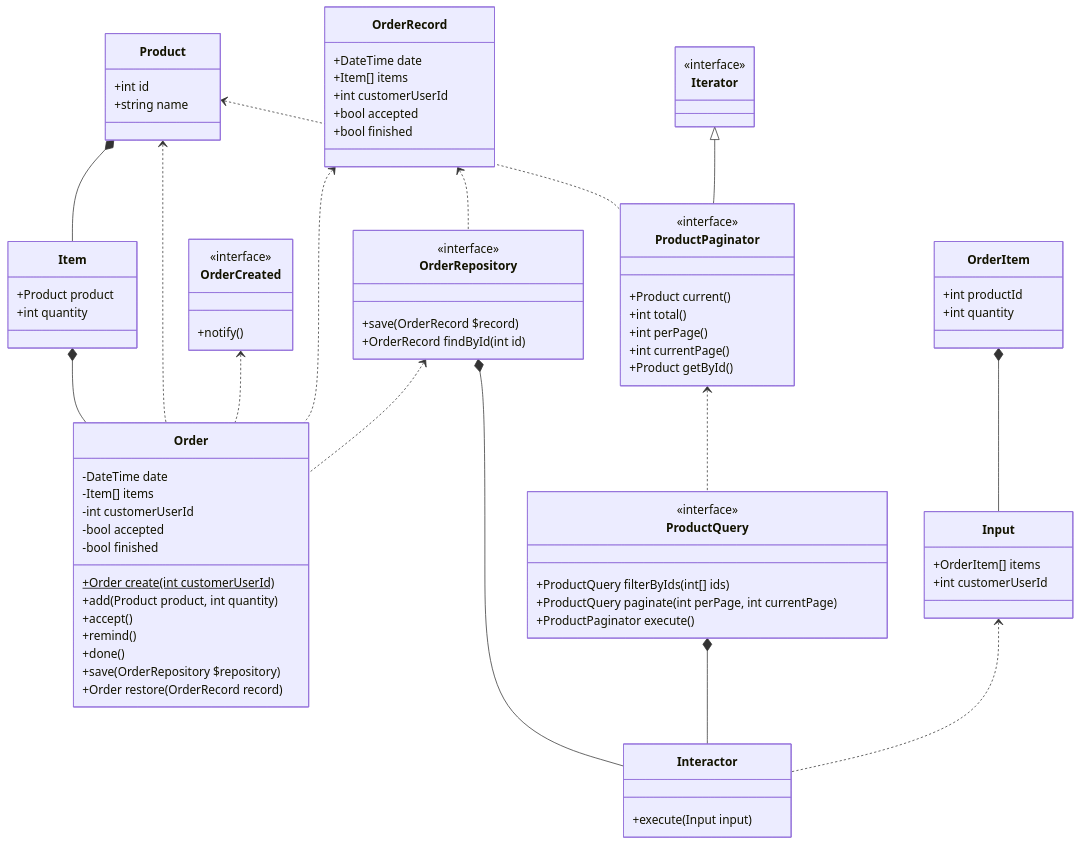
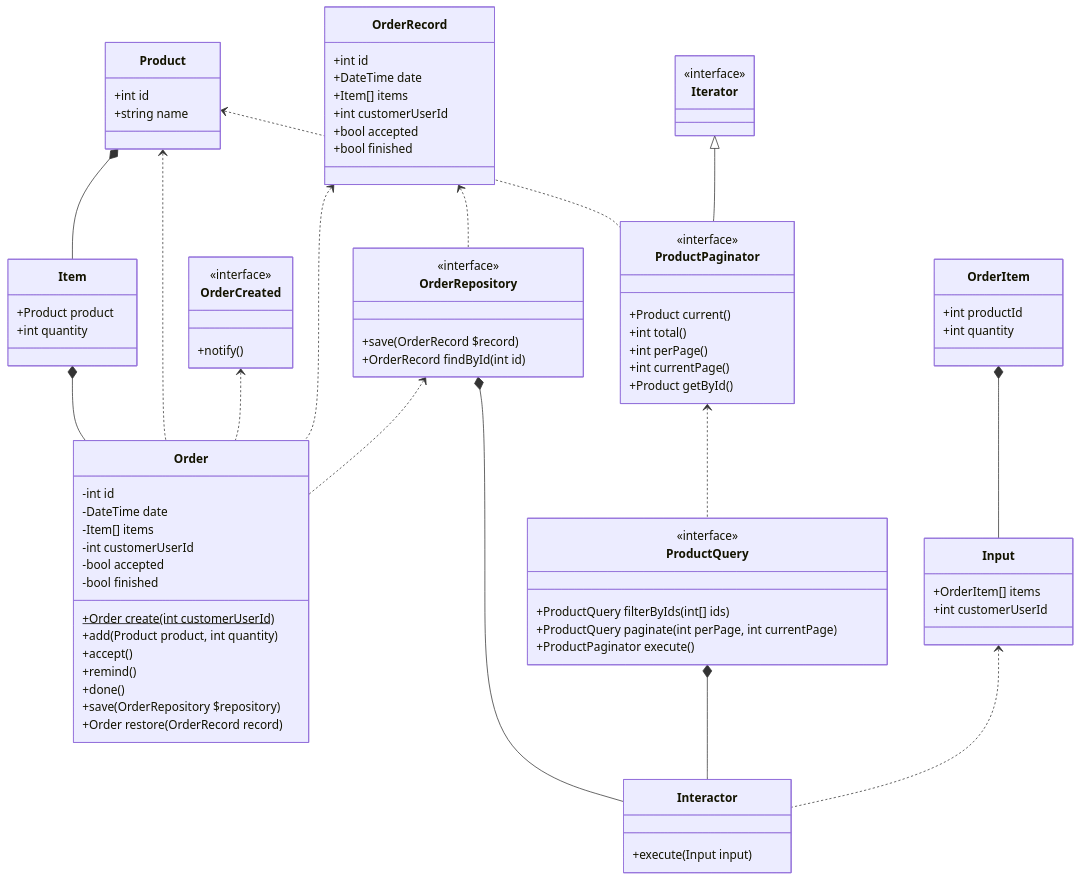
One commit to youhei-ushio/nicoshop changed the diagram in README.md. Above: the diagram before and after it, drawn with Mermaid.

Commit message:
add id field

```diff
--- a/README.md
+++ b/README.md
@@ -24,6 +24,7 @@
       +int quantity
     }
     class Order{
+      -int id
       -DateTime date
       -Item[] items
       -int customerUserId
@@ -43,6 +44,7 @@
       +notify()
     }
     class OrderRecord{
+      +int id
       +DateTime date
       +Item[] items
       +int customerUserId
```
